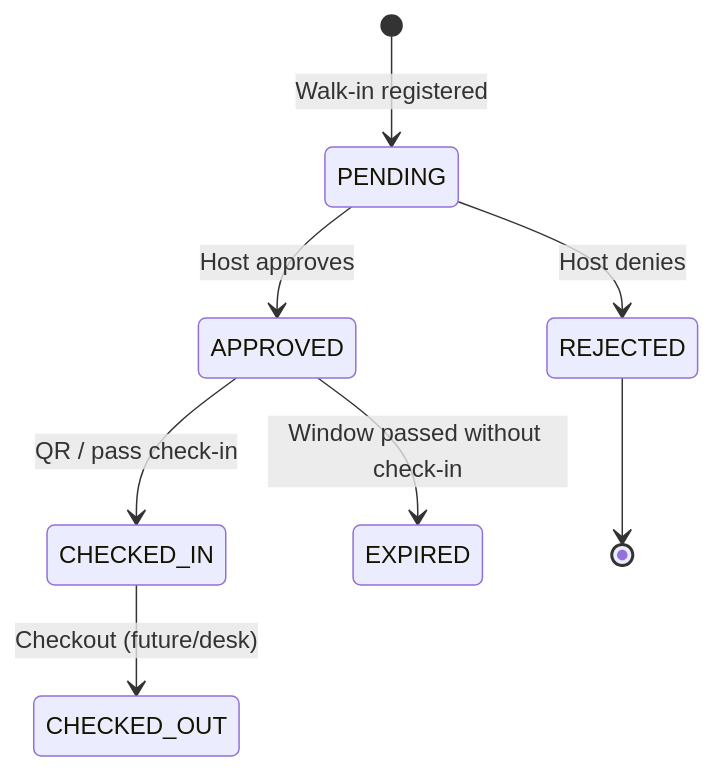
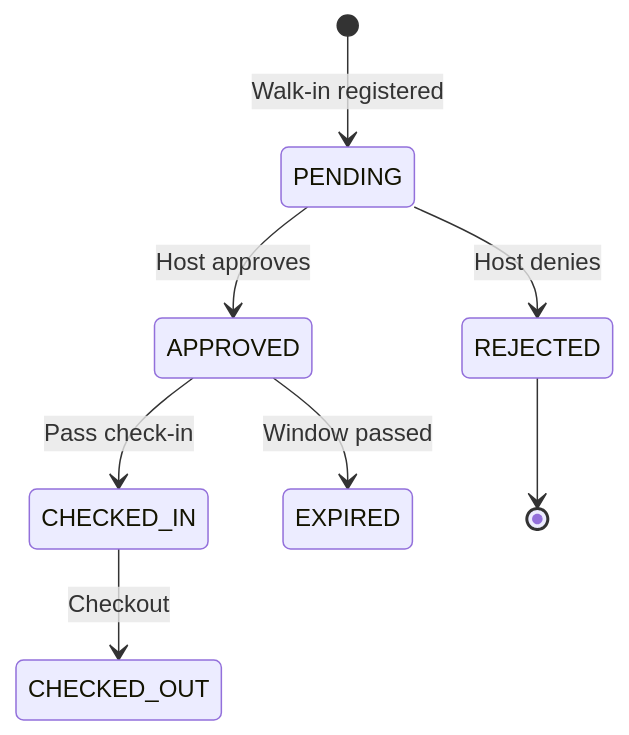
Before and after one commit to TusharChauhan09/Visitor-Management-System-assignment: the sixth of 6 diagrams in README.md, drawn with Mermaid. The commit also changed other lines of this file and 14 other files, not shown here.

````diff
--- a/README.md
+++ b/README.md
@@ -310,10 +310,10 @@
 ```mermaid
 stateDiagram-v2
   [*] --> PENDING: Walk-in registered
   PENDING --> APPROVED: Host approves
   PENDING --> REJECTED: Host denies
-  APPROVED --> CHECKED_IN: QR / pass check-in
-  APPROVED --> EXPIRED: Window passed without check-in
-  CHECKED_IN --> CHECKED_OUT: Checkout (future/desk)
+  APPROVED --> CHECKED_IN: Pass check-in
+  APPROVED --> EXPIRED: Window passed
+  CHECKED_IN --> CHECKED_OUT: Checkout
   REJECTED --> [*]
 ```
````
